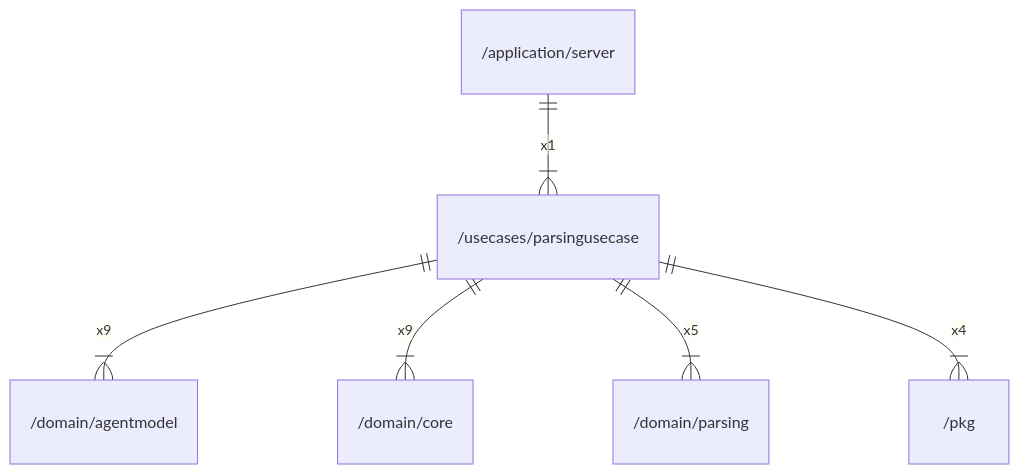
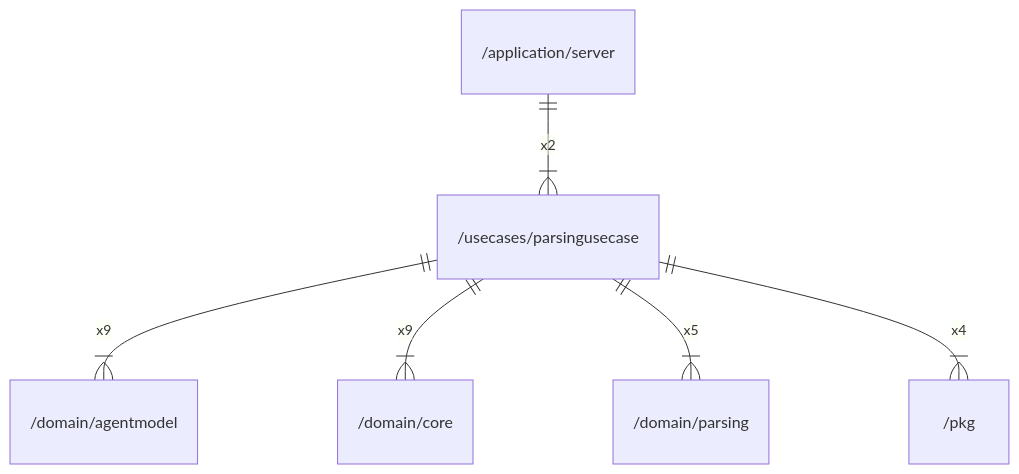
The diagram in docs/arch/usecases/parsingusecase.md (gbh007/hgraber-next), drawn with Mermaid before and after one commit. The commit also changed 52 other files, not shown here.

````diff
--- a/docs/arch/usecases/parsingusecase.md
+++ b/docs/arch/usecases/parsingusecase.md
@@ -30,8 +30,8 @@
 ```mermaid
 erDiagram
-    "/application/server" ||--|{ "/usecases/parsingusecase" : x1
+    "/application/server" ||--|{ "/usecases/parsingusecase" : x2
     "/usecases/parsingusecase" ||--|{ "/domain/agentmodel" : x9
     "/usecases/parsingusecase" ||--|{ "/domain/core" : x9
     "/usecases/parsingusecase" ||--|{ "/domain/parsing" : x5
     "/usecases/parsingusecase" ||--|{ "/pkg" : x4
 ```
````
